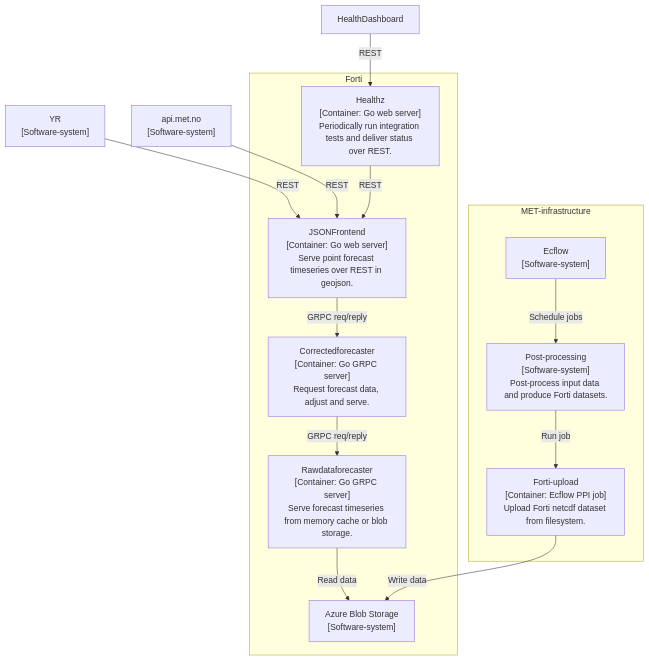
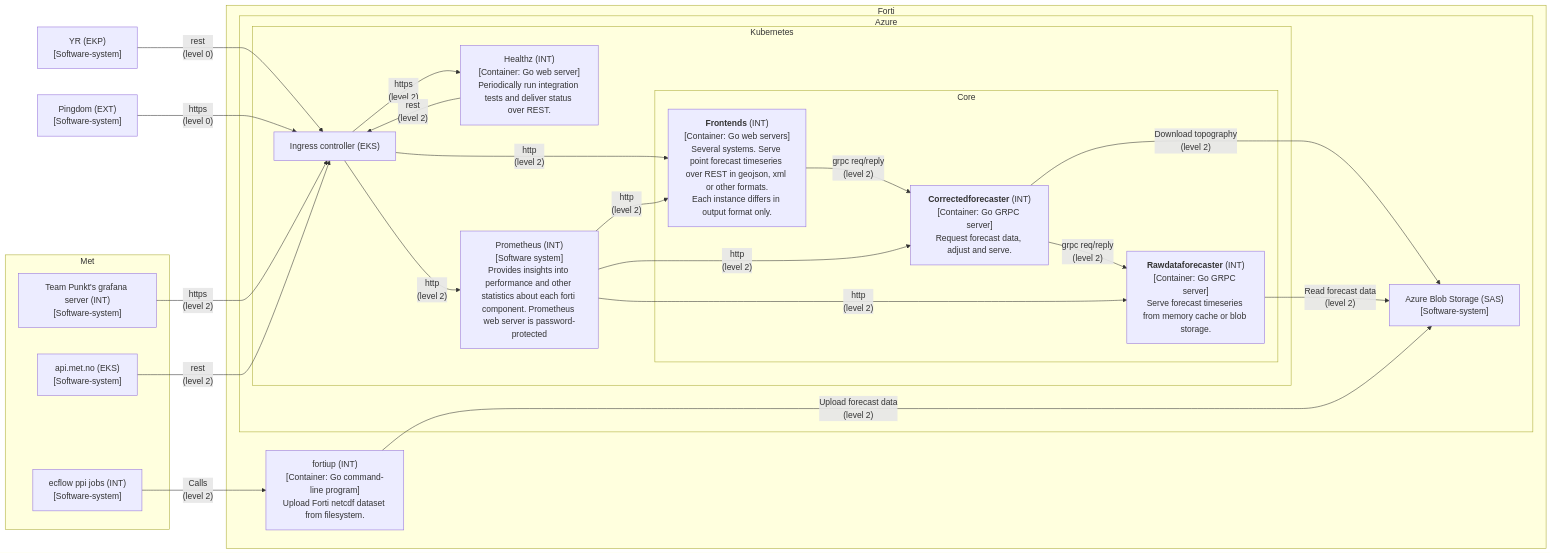
The diagram in README.md (metno/forti), drawn with Mermaid before and after one commit.

Commit message:
Create a more detailed container diagram

````diff
--- a/README.md
+++ b/README.md
@@ -56,28 +56,47 @@
 ```mermaid
-graph TD;
-   YR["YR<br>[Software-system]"];
-   api_met_no["api.met.no<br>[Software-system]"];
-
-   YR-->|REST|JSONFrontend;
-   api_met_no-->|REST|JSONFrontend;
-   HealthDashboard-->|REST|Healthz;
-   subgraph Forti
-      JSONFrontend["JSONFrontend<br>[Container: Go web server]<br>Serve point forecast timeseries over REST in geojson."];
-      Correctedforecaster["Correctedforecaster<br>[Container: Go GRPC server]<br>Request forecast data, adjust and serve."];
-      Rawdataforecaster["Rawdataforecaster<br>[Container: Go GRPC server]<br>Serve forecast timeseries from memory cache or blob storage."];
-      Azureblob["Azure Blob Storage<br>[Software-system]"];
-      JSONFrontend-->|GRPC req/reply|Correctedforecaster;
-      Correctedforecaster-->|GRPC req/reply|Rawdataforecaster;
-      Rawdataforecaster-->|Read data|Azureblob;
-      Healthz["Healthz<br>[Container: Go web server]<br>Periodically run integration tests and deliver status over REST."];
-      Healthz-->|REST|JSONFrontend;
-   end
-   subgraph MET-infrastructure
-      Ecflow["Ecflow<br>[Software-system]"];
-      PostProcessing["Post-processing<br>[Software-system]<br>Post-process input data and produce Forti datasets."];
-      Fortiupload["Forti-upload<br>[Container: Ecflow PPI job]<br>Upload Forti netcdf dataset from filesystem."];
-      Fortiupload-->|Write data|Azureblob;
-      Ecflow-->|Schedule jobs|PostProcessing;
-      PostProcessing-->|Run job|Fortiupload;
-   end
+---
+config:
+  layout: dagre
+---
+flowchart LR
+ subgraph Met["Met"]
+        api_met_no["api.met.no (EKS)<br>[Software-system]"]
+        ppi["ecflow ppi jobs (INT)<br>[Software-system]"]
+        grafana@{ label: "Team Punkt's grafana server (INT)<br>[Software-system]" }
+  end
+ subgraph Core["Core"]
+        Frontends["<b>Frontends</b> (INT)<br>[Container: Go web servers]<br>Several systems. Serve point forecast timeseries over REST in geojson, xml or other formats.<br>Each instance differs in output format only."]
+        Correctedforecaster["<b>Correctedforecaster</b> (INT)<br>[Container: Go GRPC server]<br>Request forecast data, adjust and serve."]
+        Rawdataforecaster["<b>Rawdataforecaster</b> (INT)<br>[Container: Go GRPC server]<br>Serve forecast timeseries from memory cache or blob storage."]
+  end
+ subgraph Kubernetes["Kubernetes"]
+        Ingress["Ingress controller (EKS)"]
+        Core
+        Healthz["Healthz (INT)<br>[Container: Go web server]<br>Periodically run integration tests and deliver status over REST."]
+        Prometheus["Prometheus (INT)<br>[Software system]<br>Provides insights into performance and other statistics about each forti component. Prometheus web server is password-protected"]
+  end
+ subgraph Azure["Azure"]
+        Azureblob["Azure Blob Storage (SAS)<br>[Software-system]"]
+        Kubernetes
+  end
+ subgraph Forti["Forti"]
+        Azure
+        fortiup["fortiup (INT)<br>[Container: Go command-line program]<br>Upload Forti netcdf dataset from filesystem."]
+  end
+    Correctedforecaster -- Download topography<br>(level 2) --> Azureblob
+    Ingress -- http<br>(level 2) --> Frontends
+    Ingress -- https<br>(level 2) --> Healthz
+    Ingress -- http<br>(level 2)  --> Prometheus
+    Frontends -- grpc req/reply<br>(level 2) --> Correctedforecaster
+    Correctedforecaster -- grpc req/reply<br>(level 2) --> Rawdataforecaster
+    Healthz -- rest<br>(level 2) --> Ingress
+    Prometheus -- http<br>(level 2) --> Frontends & Correctedforecaster & Rawdataforecaster
+    Rawdataforecaster -- Read forecast data<br>(level 2) --> Azureblob
+    fortiup -- Upload forecast data<br>(level 2) --> Azureblob
+    yr["YR (EKP)<br>[Software-system]"] -- rest<br>(level 0) --> Ingress
+    pingdom["Pingdom (EXT)<br>[Software-system]"] -- https<br>(level 0) --> Ingress
+    ppi -- Calls<br>(level 2) --> fortiup
+    grafana -- https<br>(level 2) --> Ingress
+    api_met_no -- rest<br>(level 2) --> Ingress
+    grafana@{ shape: rect}
 ```
````
